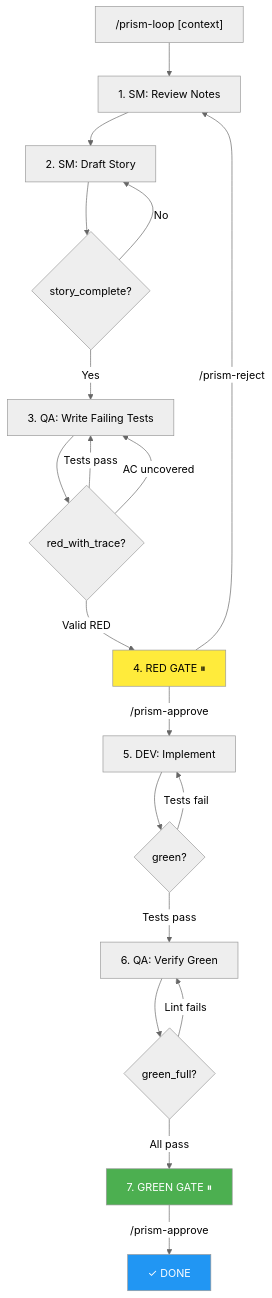
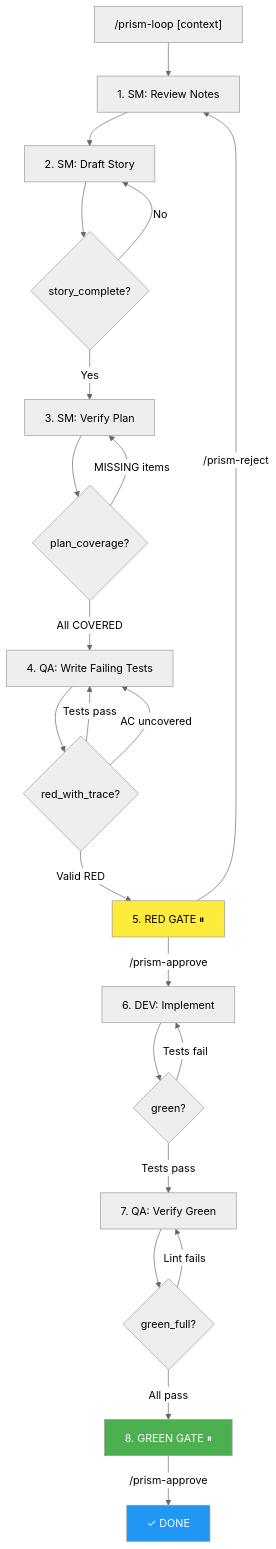
One commit to resolve-io/.prism changed the diagram in plugins/prism-devtools/docs/reference/workflows/prism-loop.md. Above: the diagram before and after it, drawn with Mermaid (neutral theme). The commit also changed other lines of this file and 36 other files, not shown here.

````diff
--- a/plugins/prism-devtools/docs/reference/workflows/prism-loop.md
+++ b/plugins/prism-devtools/docs/reference/workflows/prism-loop.md
@@ -15,25 +15,28 @@
 ```mermaid
 graph TD
     A["/prism-loop [context]"] --> B["1. SM: Review Notes"]
     B --> C["2. SM: Draft Story"]
     C --> D{"story_complete?"}
     D -->|No| C
-    D -->|Yes| E["3. QA: Write Failing Tests"]
+    D -->|Yes| VP["3. SM: Verify Plan"]
+    VP --> VPC{"plan_coverage?"}
+    VPC -->|MISSING items| VP
+    VPC -->|All COVERED| E["4. QA: Write Failing Tests"]
     E --> F{"red_with_trace?"}
     F -->|Tests pass| E
     F -->|AC uncovered| E
-    F -->|Valid RED| G["4. RED GATE ⏸"]
+    F -->|Valid RED| G["5. RED GATE ⏸"]
     G -->|"/prism-reject"| B
-    G -->|"/prism-approve"| H["5. DEV: Implement"]
+    G -->|"/prism-approve"| H["6. DEV: Implement"]
     H --> I{"green?"}
     I -->|Tests fail| H
-    I -->|Tests pass| J["6. QA: Verify Green"]
+    I -->|Tests pass| J["7. QA: Verify Green"]
     J --> K{"green_full?"}
     K -->|Lint fails| J
-    K -->|All pass| L["7. GREEN GATE ⏸"]
+    K -->|All pass| L["8. GREEN GATE ⏸"]
     L -->|"/prism-approve"| M["✓ DONE"]
 
     style G fill:#ffeb3b
     style L fill:#4caf50,color:#fff
     style M fill:#2196f3,color:#fff
 ```
````
